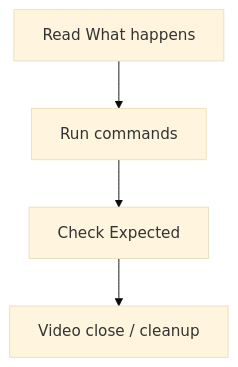
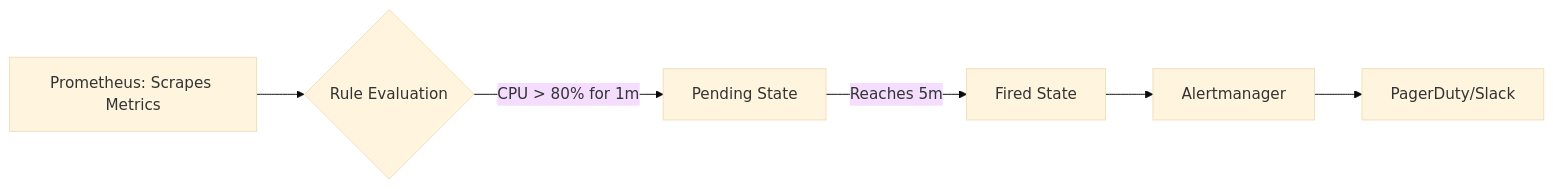
The diagram in 06-Observability-and-Reliability/02-alerting-and-slos/README.md (TechITFactory/KubernetesFullStackOps), drawn with Mermaid (base theme) before and after one commit. The commit also changed other lines of this file and 191 other files, not shown here.

````diff
--- a/06-Observability-and-Reliability/02-alerting-and-slos/README.md
+++ b/06-Observability-and-Reliability/02-alerting-and-slos/README.md
@@ -83,6 +19,8 @@
 ```mermaid
-flowchart TD
-  A[Read What happens] --> B[Run commands]
-  B --> C[Check Expected]
-  C --> D[Video close / cleanup]
+flowchart LR
+    P[Prometheus: Scrapes Metrics] --> R{Rule Evaluation}
+    R -->|CPU > 80% for 1m| I[Pending State]
+    I -->|Reaches 5m| F[Fired State]
+    F --> A[Alertmanager]
+    A --> PagerDuty/Slack
 ```
````
